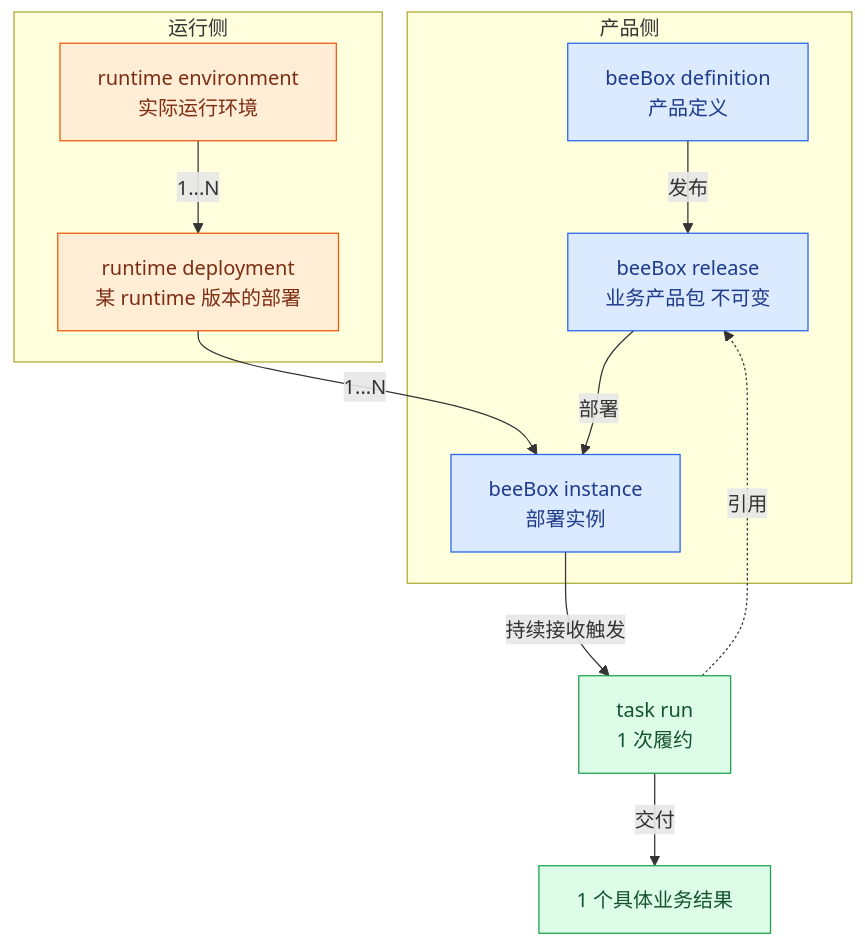
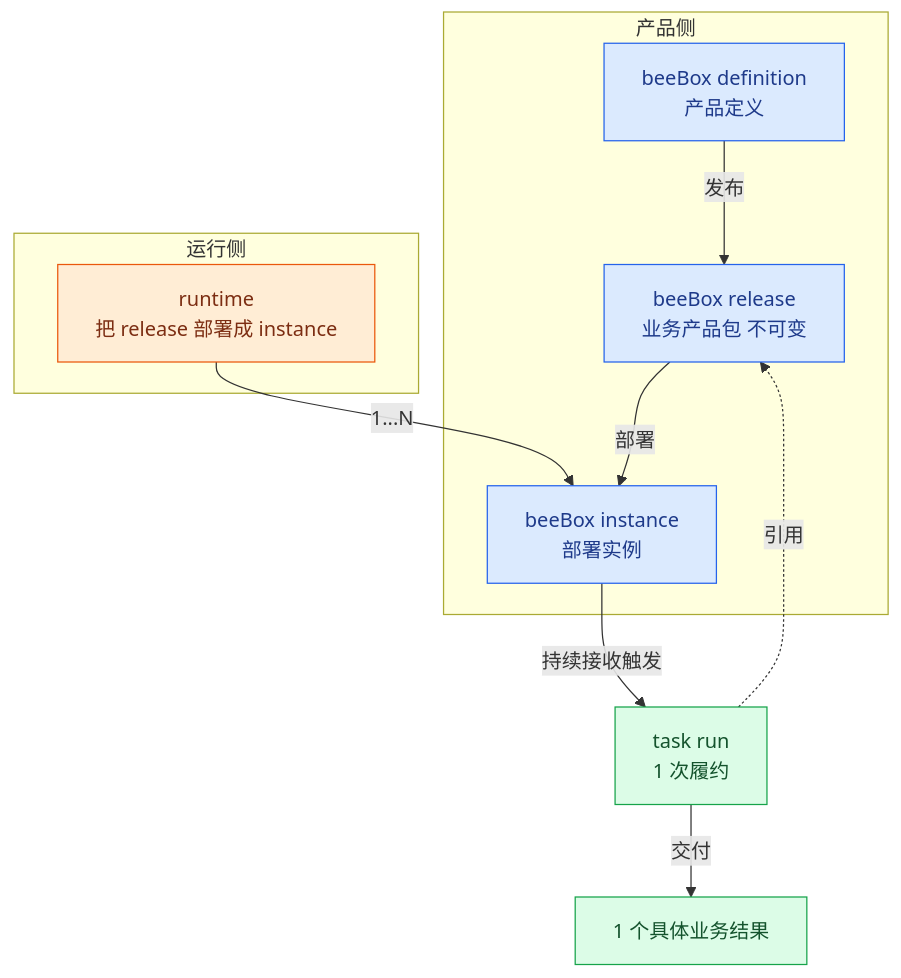
Before and after one commit to chehuizi/beeOS: the first of 4 diagrams in docs/beebox-design.md, drawn with Mermaid. The commit also changed other lines of this file and 2 other files, not shown here.

First line of the commit message:
docs: runtime 简化为 1 类对象（合并 environment+deployment）

````diff
--- a/docs/beebox-design.md
+++ b/docs/beebox-design.md
@@ -21,32 +21,30 @@
 ```mermaid
 flowchart TB
   subgraph prod["产品侧"]
     def["beeBox definition\n产品定义"]
     rel["beeBox release\n业务产品包 不可变"]
     ins["beeBox instance\n部署实例"]
   end
 
   subgraph rt["运行侧"]
-    env["runtime environment\n实际运行环境"]
-    dep["runtime deployment\n某 runtime 版本的部署"]
+    rt_obj["runtime\n把 release 部署成 instance"]
   end
 
   run["task run\n1 次履约"]
   result["1 个具体业务结果"]
 
   def -->|发布| rel
   rel -->|部署| ins
-  env -->|1...N| dep
-  dep -->|1...N| ins
+  rt_obj -->|1...N| ins
   ins -->|持续接收触发| run
   run -->|交付| result
   run -.引用.-> rel
 
   classDef product fill:#dbeafe,stroke:#2563eb,color:#1e3a8a
   classDef runtime fill:#ffedd5,stroke:#ea580c,color:#7c2d12
   classDef fulfill fill:#dcfce7,stroke:#16a34a,color:#14532d
 
   class def,rel,ins product
-  class env,dep runtime
+  class rt_obj runtime
   class run,result fulfill
 ```
````
